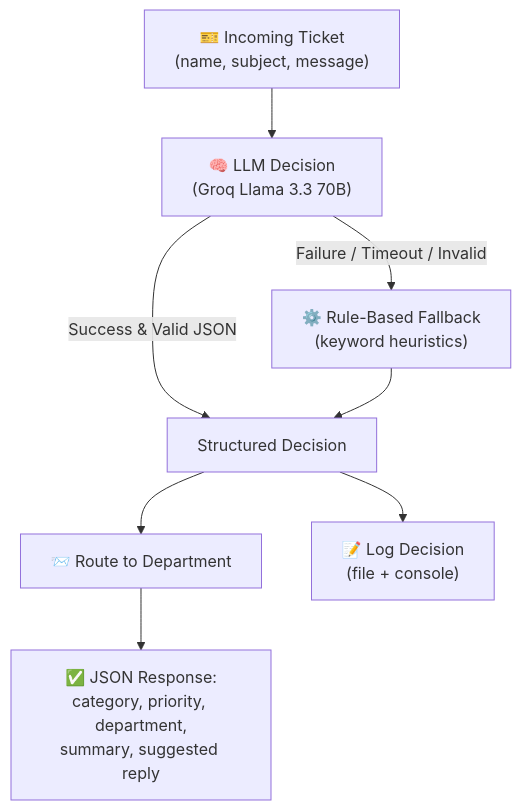
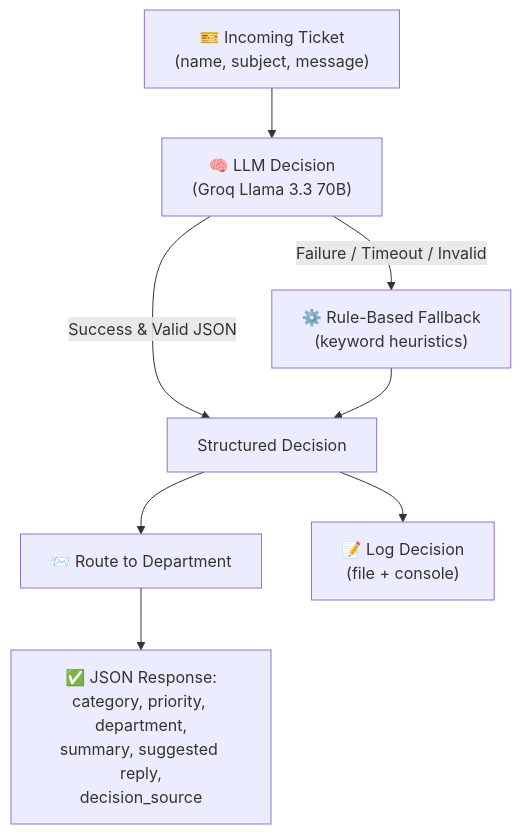
The diagram in README.md (ahmed-raza19/05-ai-workflow-automation), drawn with Mermaid before and after one commit. The commit also changed other lines of this file, not shown here.

````diff
--- a/README.md
+++ b/README.md
@@ -42,10 +44,10 @@
 ```mermaid
 flowchart TD
     A["🎫 Incoming Ticket<br/>(name, subject, message)"] --> B["🧠 LLM Decision<br/>(Groq Llama 3.3 70B)"]
     B -->|Success & Valid JSON| C[Structured Decision]
     B -->|"Failure / Timeout / Invalid"| D["⚙️ Rule-Based Fallback<br/>(keyword heuristics)"]
     D --> C
     C --> E[📨 Route to Department]
     C --> F["📝 Log Decision<br/>(file + console)"]
-    E --> G["✅ JSON Response:<br/>category, priority, department,<br/>summary, suggested reply"]
+    E --> G["✅ JSON Response:<br/>category, priority, department,<br/>summary, suggested reply,<br/>decision_source"]
 ```
````
